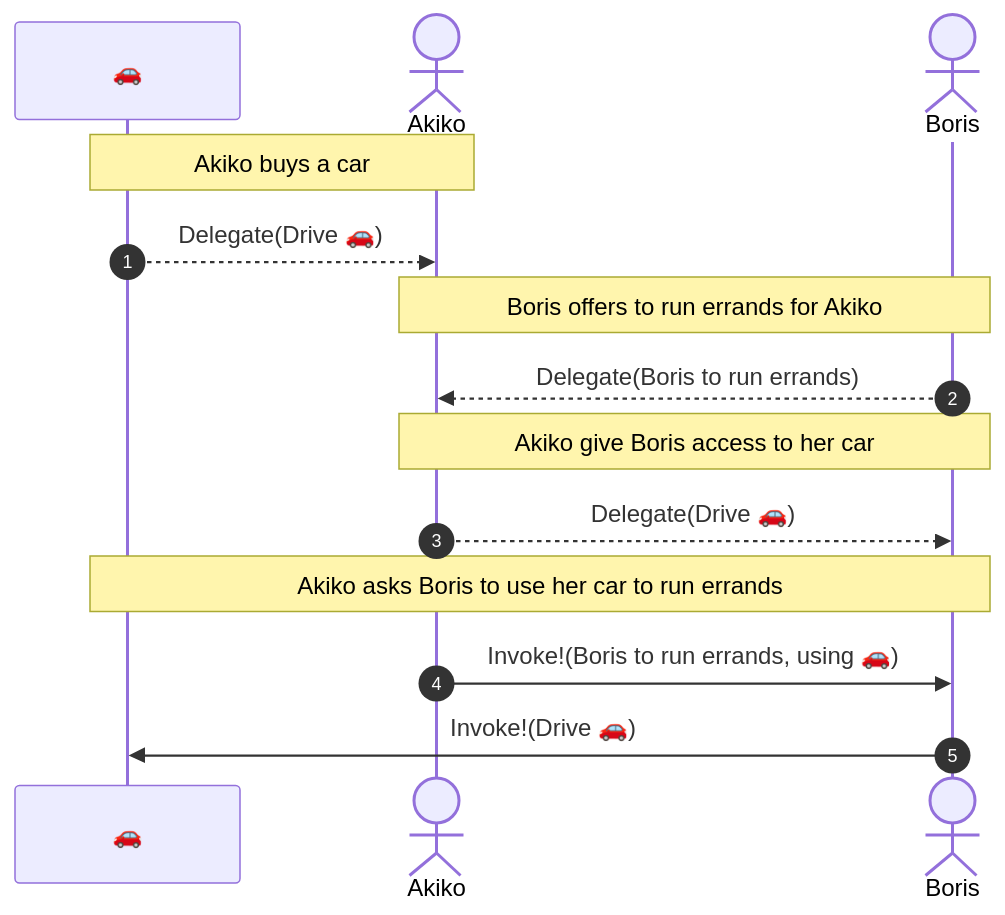
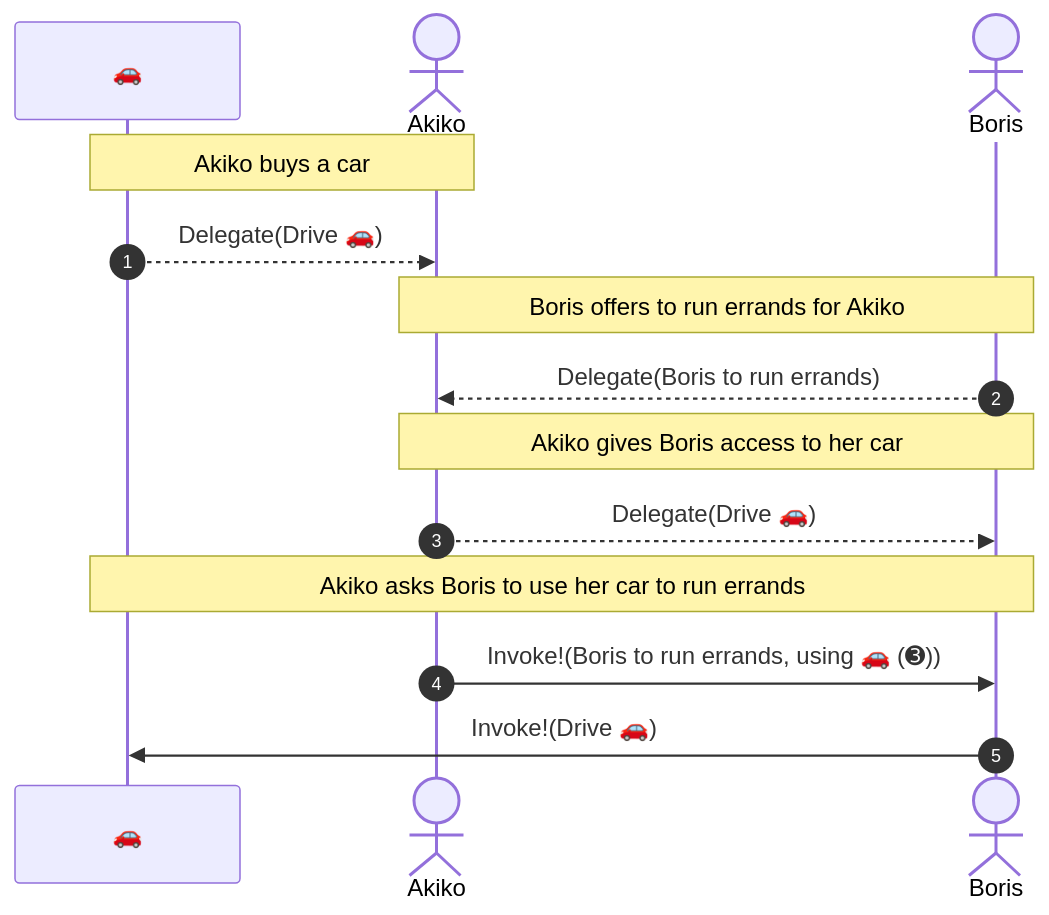
One commit to ucan-wg/invocation changed the first of 3 diagrams in README.md. Above: the diagram before and after it, drawn with Mermaid. The commit also changed other lines of this file, not shown here.

Commit message:
Fixup car diagram

````diff
--- a/README.md
+++ b/README.md
@@ -50,21 +52,21 @@
 ``` mermaid
 sequenceDiagram
     participant 🚗
     actor Akiko
     actor Boris
 
     autonumber
 
     Note over 🚗, Akiko: Akiko buys a car
-    🚗 -->> Akiko: Delegate(Drive 🚗)    
+    🚗 -->> Akiko: Delegate(Drive 🚗)
 
     Note over Akiko, Boris: Boris offers to run errands for Akiko
     Boris -->> Akiko: Delegate(Boris to run errands)
 
-    Note over Akiko, Boris: Akiko give Boris access to her car
+    Note over Akiko, Boris: Akiko gives Boris access to her car
     Akiko -->> Boris: Delegate(Drive 🚗)
 
     Note over 🚗, Boris: Akiko asks Boris to use her car to run errands
-    Akiko ->> Boris: Invoke!(Boris to run errands, using 🚗)
+    Akiko ->> Boris: Invoke!(Boris to run errands, using 🚗 (➌))
     Boris ->> 🚗: Invoke!(Drive 🚗)
 ```
````
